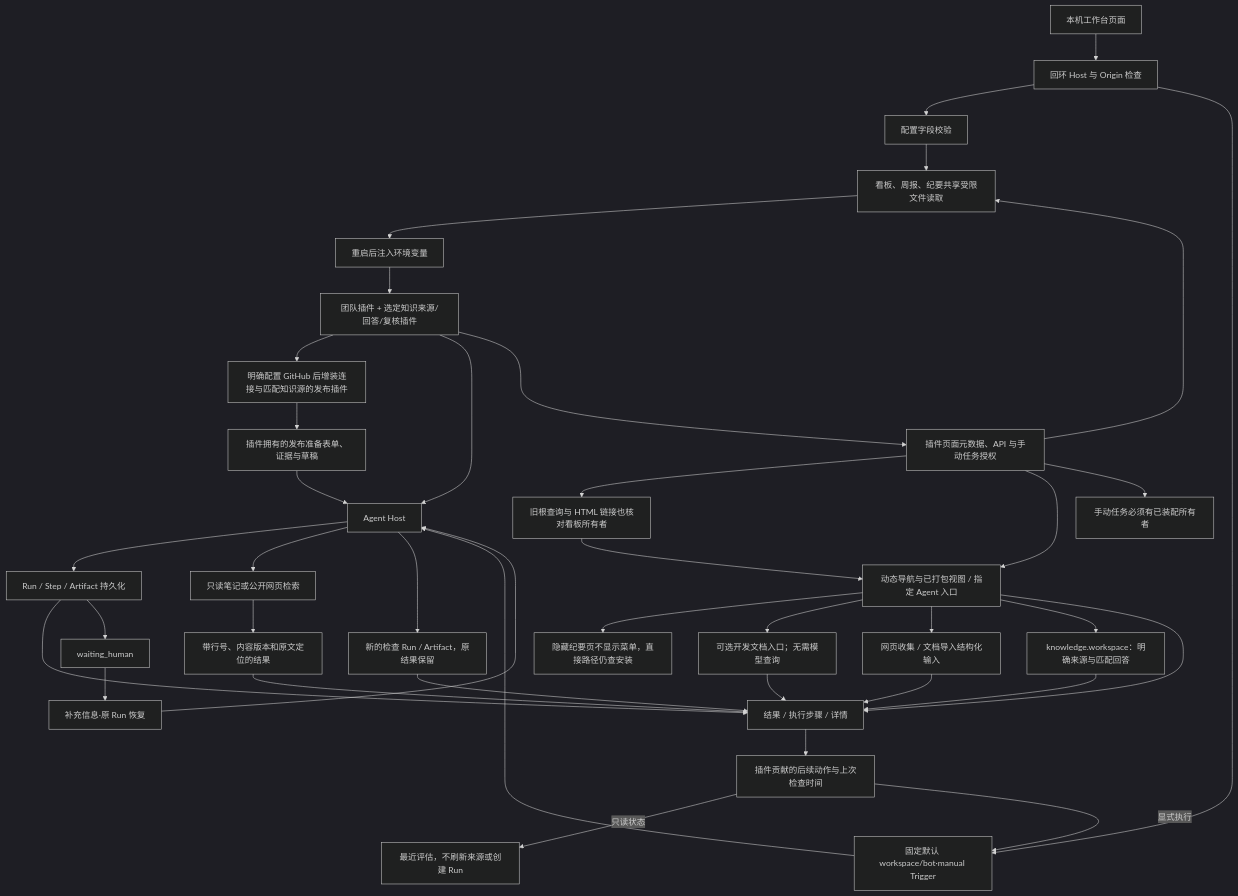
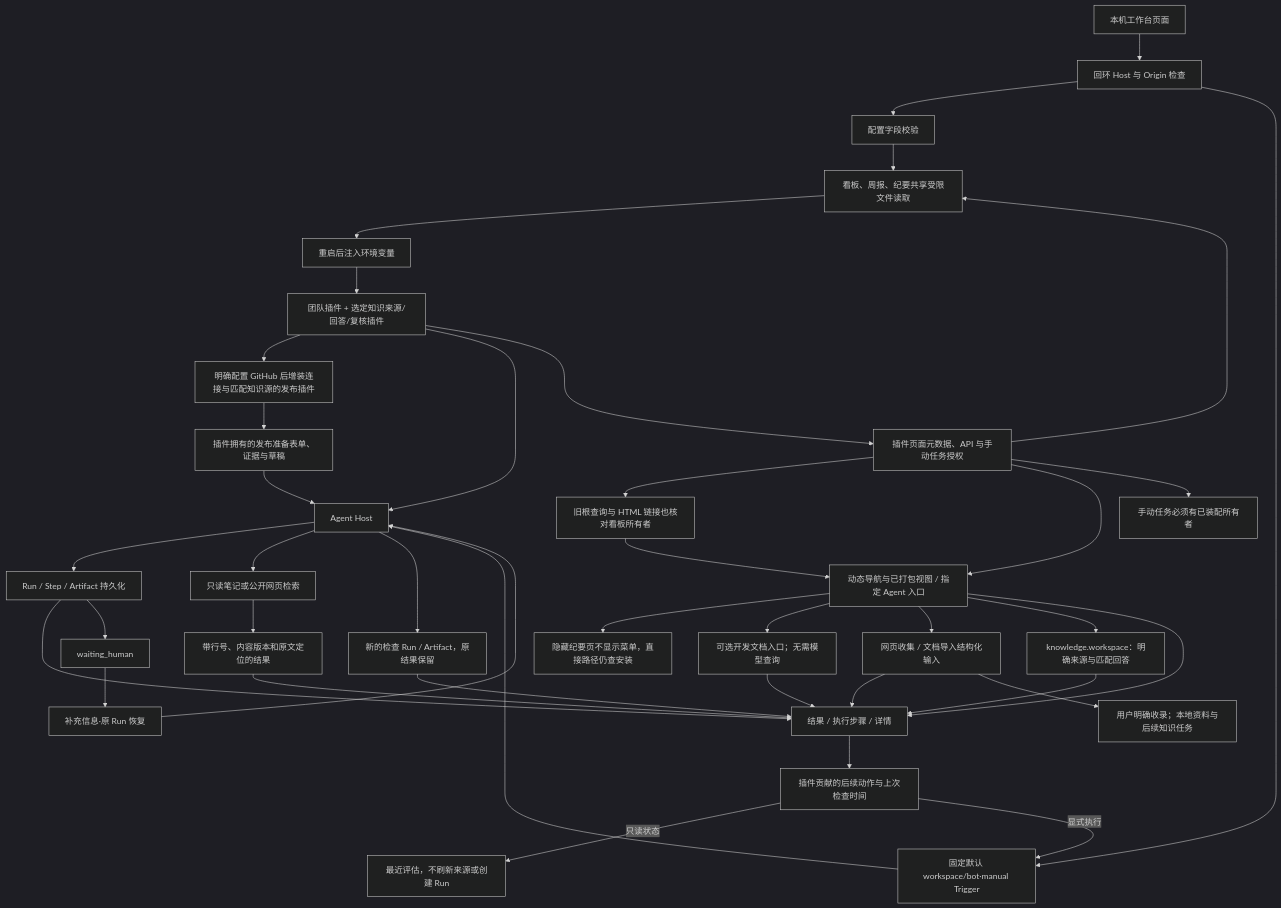
The diagram in backend/src/platform/workspace/FEATURE.md (KlayPeter/AI-Delivery-Ops-Agent), drawn with Mermaid (dark theme) before and after one commit. The commit also changed other lines of this file and 29 other files, not shown here.

````diff
--- a/backend/src/platform/workspace/FEATURE.md
+++ b/backend/src/platform/workspace/FEATURE.md
@@ -19,41 +19,42 @@
 ```mermaid
 flowchart TD
     UI[本机工作台页面] --> G[回环 Host 与 Origin 检查]
     G --> CFG[配置字段校验]
     CFG --> FILE[connections.json 原子写入·0600]
     FILE --> BOOT[重启后注入环境变量]
     BOOT --> PL[团队插件 + 选定知识来源/回答/复核插件]
     PL --> GH[明确配置 GitHub 后增装连接与匹配知识源的发布插件]
     GH --> RP[插件拥有的发布准备表单、证据与草稿]
     RP --> H
     PL --> H[Agent Host]
     G --> T[固定默认 workspace/bot·manual Trigger]
     T --> H
     H --> R[Run / Step / Artifact 持久化]
     R --> V[结果 / 执行步骤 / 详情]
     R --> WAIT[waiting_human]
     WAIT --> REPLY[补充信息·原 Run 恢复]
     REPLY --> H
     H --> K[只读笔记或公开网页检索]
     K --> EV[带行号、内容版本和原文定位的结果]
     EV --> V
     PL --> WEB[插件页面元数据、API 与手动任务授权]
     WEB --> ALIAS[旧根查询与 HTML 链接也核对看板所有者]
     ALIAS --> NAV
     WEB --> NAV[动态导航与已打包视图 / 指定 Agent 入口]
     NAV --> HIDDEN[隐藏纪要页不显示菜单，直接路径仍查安装]
     WEB --> FILE[看板、周报、纪要共享受限文件读取]
     NAV --> C7[可选开发文档入口；无需模型查询]
     C7 --> V
     NAV --> COL[网页收集 / 文档导入结构化输入]
     COL --> V
     NAV --> KW[knowledge.workspace：明确来源与匹配回答]
     KW --> V
     NAV --> V
     WEB --> JOBS[手动任务必须有已装配所有者]
     V --> ACT[插件贡献的后续动作与上次检查时间]
     ACT -- 只读状态 --> KV[最近评估，不刷新来源或创建 Run]
     ACT -- 显式执行 --> T
     H --> CHECK[新的检查 Run / Artifact，原结果保留]
     CHECK --> V
+    COL --> KLIB[用户明确收录；本地资料与后续知识任务]
 ```
````
